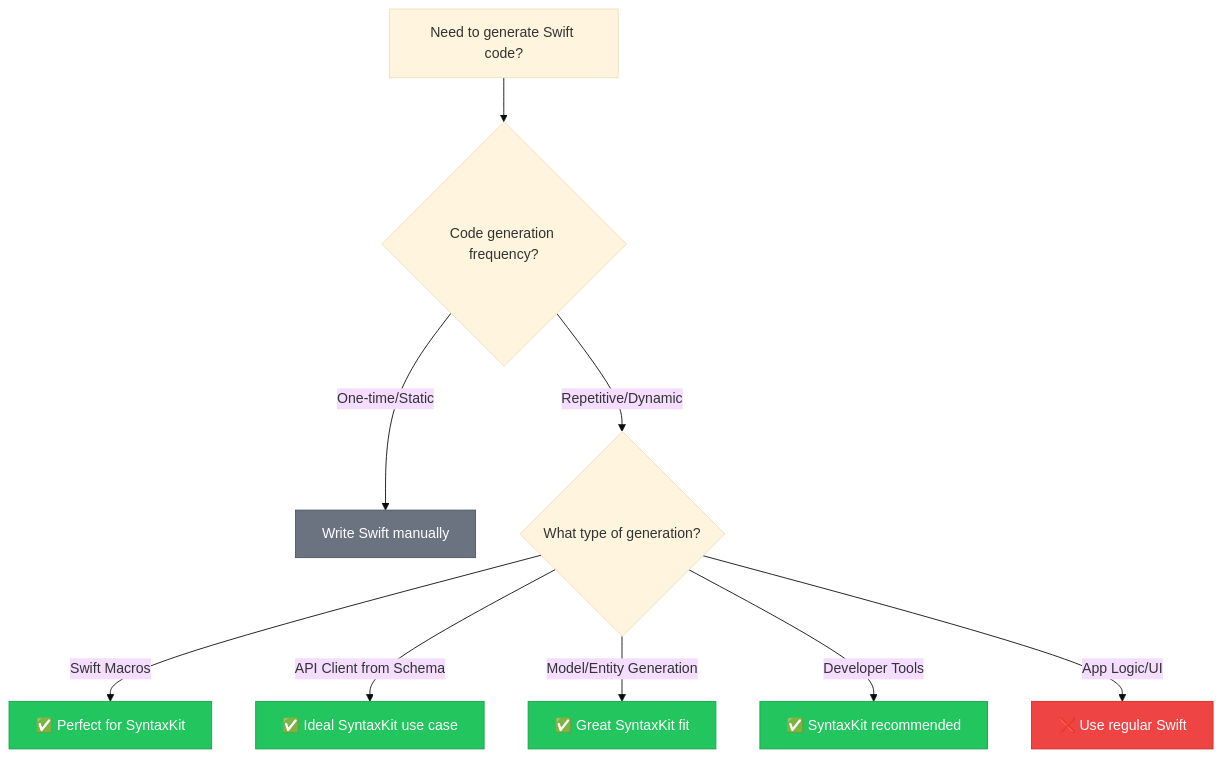
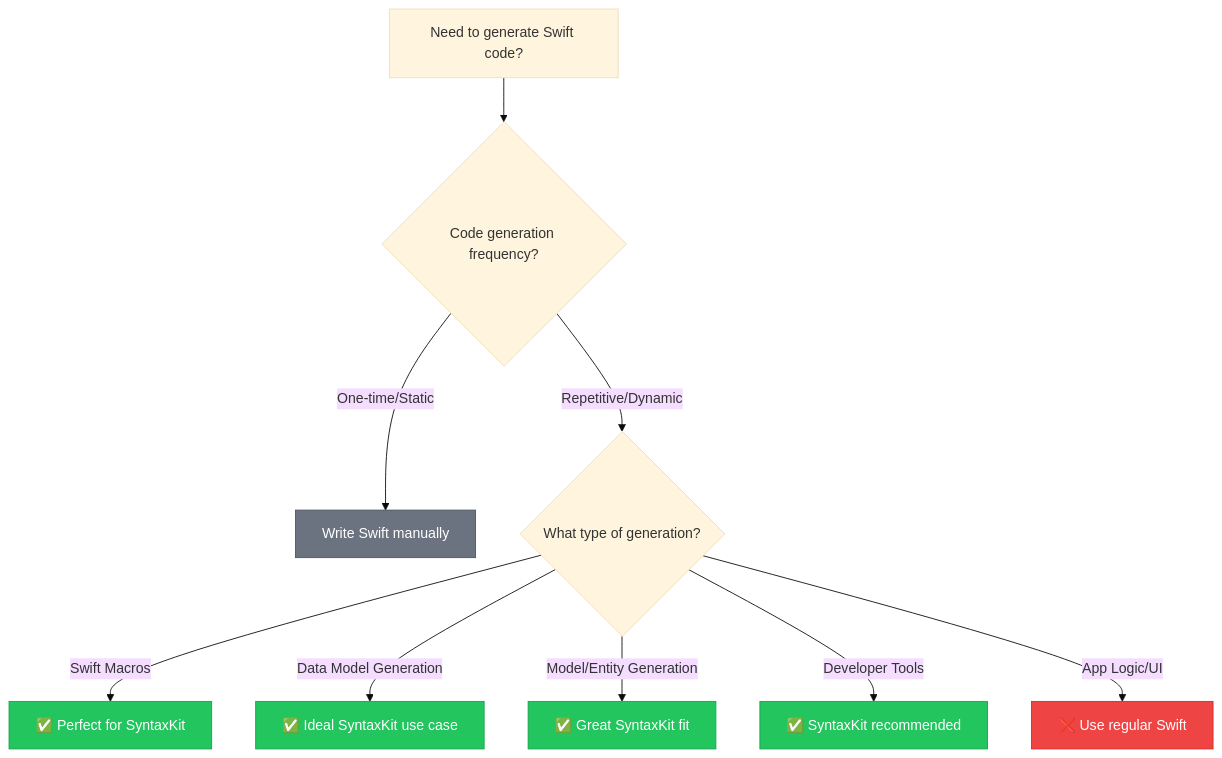
Before and after one commit to brightdigit/SyntaxKit: the diagram in README.md, drawn with Mermaid (base theme). The commit also changed other lines of this file, not shown here.

````diff
--- a/README.md
+++ b/README.md
@@ -13,19 +13,19 @@
 ```mermaid
 graph TD
     A[Need to generate Swift code?] --> B{Code generation frequency?}
     B -->|One-time/Static| C[Write Swift manually]
     B -->|Repetitive/Dynamic| D{What type of generation?}
     
     D -->|Swift Macros| E[✅ Perfect for SyntaxKit]
-    D -->|API Client from Schema| F[✅ Ideal SyntaxKit use case]
+    D -->|Data Model Generation| F[✅ Ideal SyntaxKit use case]
     D -->|Model/Entity Generation| G[✅ Great SyntaxKit fit]
     D -->|Developer Tools| H[✅ SyntaxKit recommended]
     D -->|App Logic/UI| I[❌ Use regular Swift]
     
     style E fill:#22c55e,stroke:#16a34a,color:#ffffff
     style F fill:#22c55e,stroke:#16a34a,color:#ffffff
     style G fill:#22c55e,stroke:#16a34a,color:#ffffff
     style H fill:#22c55e,stroke:#16a34a,color:#ffffff
     style I fill:#ef4444,stroke:#dc2626,color:#ffffff
     style C fill:#6b7280,stroke:#4b5563,color:#ffffff
 ```
````
